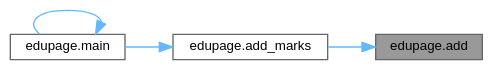
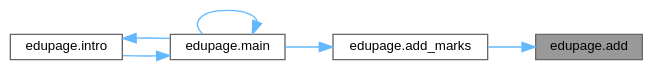
Before and after one commit to GrenManSK/ZnamE: the diagram in rtf/d0/d52/namespaceedupage_af8155c1c90674d76615b11b6d0c5c8ba_icgraph.dot, drawn with Graphviz. The commit also changed 356 other files, not shown here.

```diff
--- a/rtf/d0/d52/namespaceedupage_af8155c1c90674d76615b11b6d0c5c8ba_icgraph.dot
+++ b/rtf/d0/d52/namespaceedupage_af8155c1c90674d76615b11b6d0c5c8ba_icgraph.dot
@@ -1,14 +1,17 @@
 digraph "edupage.add"
 {
  // LATEX_PDF_SIZE
   bgcolor="transparent";
   edge [fontname=Helvetica,fontsize=10,labelfontname=Helvetica,labelfontsize=10];
   node [fontname=Helvetica,fontsize=10,shape=box,height=0.2,width=0.4];
   rankdir="RL";
   Node1 [label="edupage.add",height=0.2,width=0.4,color="gray40", fillcolor="grey60", style="filled", fontcolor="black",tooltip=" "];
   Node1 -> Node2 [dir="back",color="steelblue1",style="solid"];
   Node2 [label="edupage.add_marks",height=0.2,width=0.4,color="grey40", fillcolor="white", style="filled",URL="$d0/d52/namespaceedupage.html#a21f2f303ad4d1e33a43bd2b8207130a4",tooltip=" "];
   Node2 -> Node3 [dir="back",color="steelblue1",style="solid"];
   Node3 [label="edupage.main",height=0.2,width=0.4,color="grey40", fillcolor="white", style="filled",URL="$d0/d52/namespaceedupage.html#a119d208fce33ca55d6b605c22dbcd534",tooltip=" "];
+  Node3 -> Node4 [dir="back",color="steelblue1",style="solid"];
+  Node4 [label="edupage.intro",height=0.2,width=0.4,color="grey40", fillcolor="white", style="filled",URL="$d0/d52/namespaceedupage.html#a316dc71e49505324d14deee19eccd566",tooltip=" "];
+  Node4 -> Node3 [dir="back",color="steelblue1",style="solid"];
   Node3 -> Node3 [dir="back",color="steelblue1",style="solid"];
 }
```
